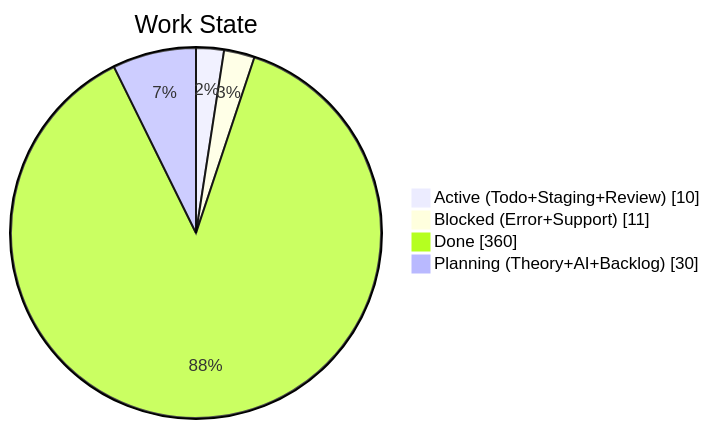
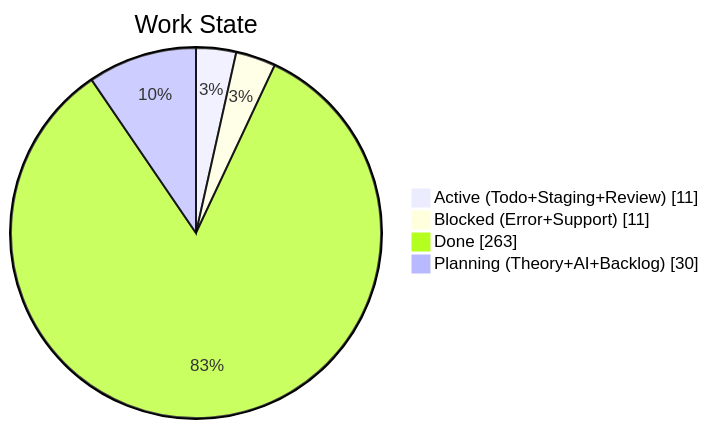
The second of 4 diagrams in apps/kbve/astro-kbve/src/content/docs/dashboard/kanban-data.mdx (KBVE/kbve), drawn with Mermaid before and after one commit. The commit also changed other lines of this file and 8 other files, not shown here.

````diff
--- a/apps/kbve/astro-kbve/src/content/docs/dashboard/kanban-data.mdx
+++ b/apps/kbve/astro-kbve/src/content/docs/dashboard/kanban-data.mdx
@@ -67,8 +68,8 @@
 ```mermaid
 pie showData
     title Work State
-    "Active (Todo+Staging+Review)" : 10
+    "Active (Todo+Staging+Review)" : 11
     "Blocked (Error+Support)" : 11
-    "Done" : 360
+    "Done" : 263
     "Planning (Theory+AI+Backlog)" : 30
 ```
````
